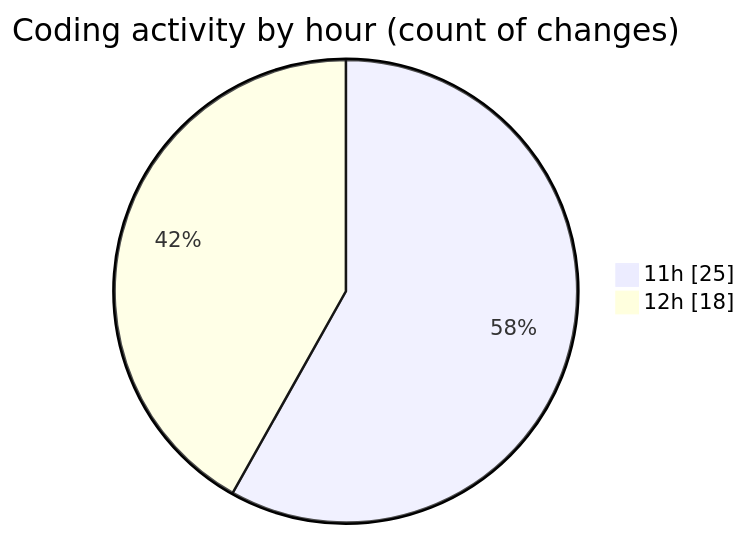
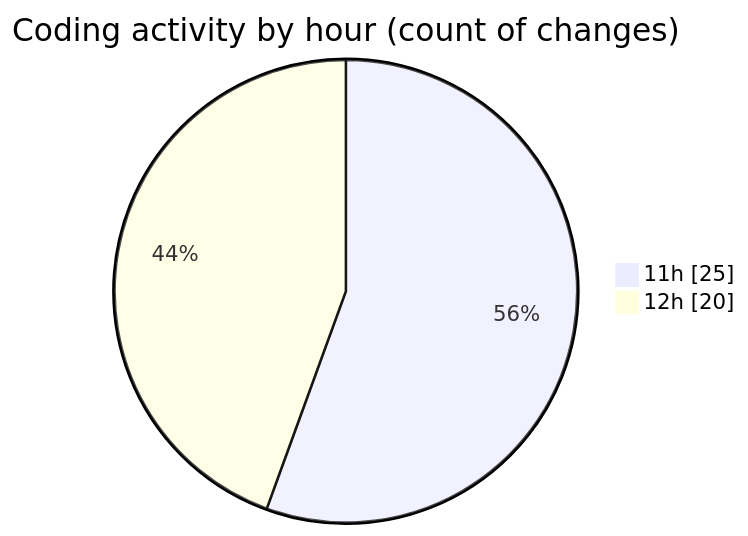
The second of 2 diagrams in 2025-04-12/myws__workspace_/README.md (MatusMokan/code-tracking), drawn with Mermaid before and after one commit. The commit also changed other lines of this file and 1 other file, not shown here.

````diff
--- a/2025-04-12/myws__workspace_/README.md
+++ b/2025-04-12/myws__workspace_/README.md
@@ -30,6 +30,6 @@
 ```mermaid
 pie showData
 title Coding activity by hour (count of changes)
 "11h" : 25
-"12h" : 18
+"12h" : 20
 ```
````
